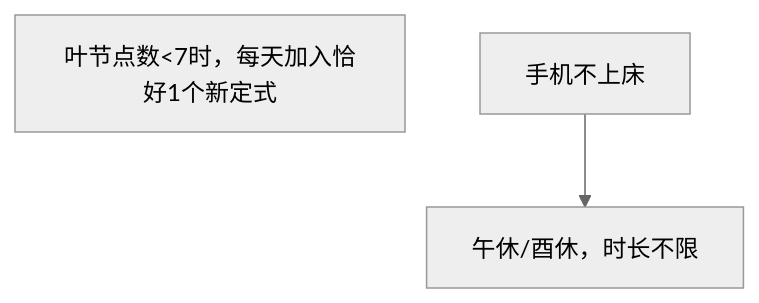
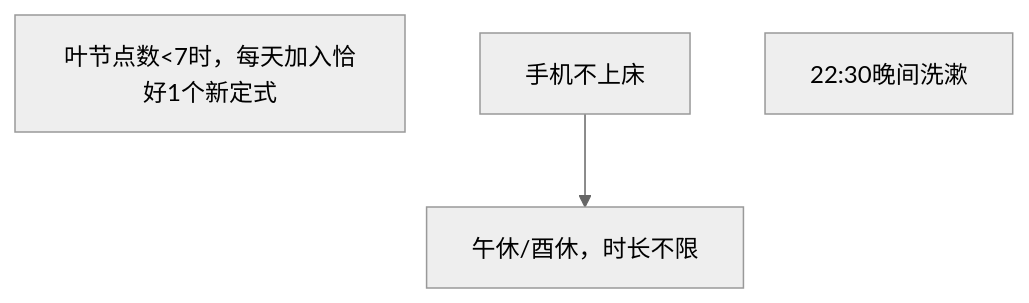
Before and after one commit to Ethkuil/RSIP-tree: the diagram in README.md, drawn with Mermaid (neutral theme).

Commit message:
insert #3: 22:30晚间洗漱

````diff
--- a/README.md
+++ b/README.md
@@ -5,7 +5,8 @@
 ```mermaid
 graph TD
 
 0[叶节点数<7时，每天加入恰好1个新定式]
 1[手机不上床]
 1 --> 2[午休/酉休，时长不限]
+3[22:30晚间洗漱]
 ```
````
